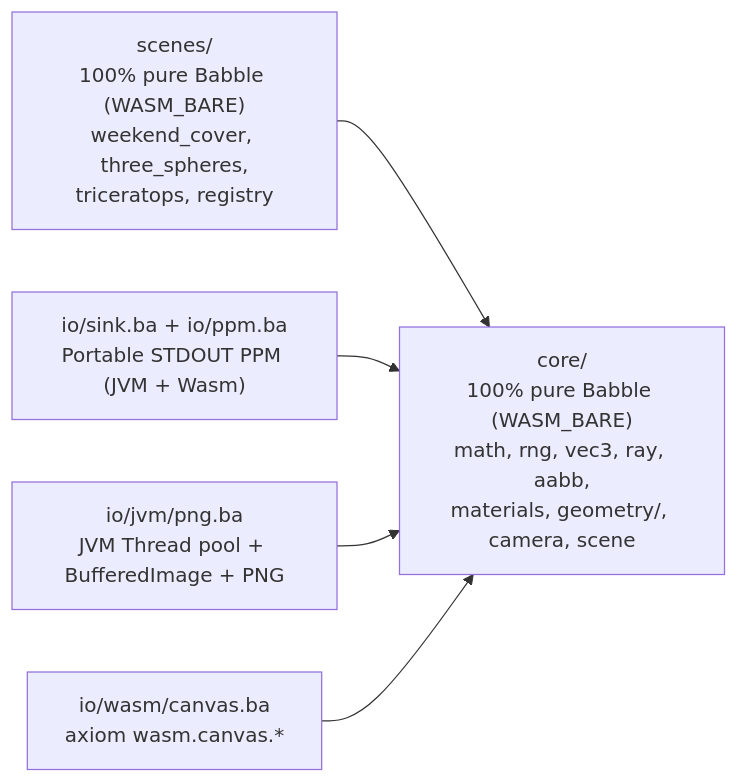
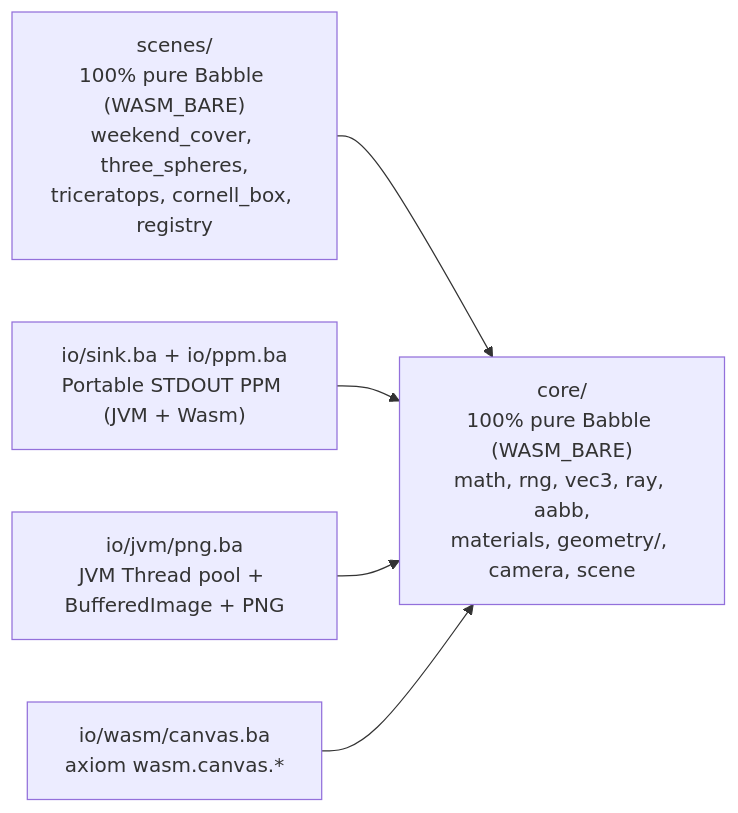
One commit to nlehuen/babble changed the diagram in examples/raytracer/README.md. Above: the diagram before and after it, drawn with Mermaid. The commit also changed other lines of this file and 17 other files, not shown here.

Commit message:
Raytracer : add Cornell box scene with Quad, Box, transforms, and area-light NEE

````diff
--- a/examples/raytracer/README.md
+++ b/examples/raytracer/README.md
@@ -15,13 +15,13 @@
 ```mermaid
 flowchart LR
     Core["core/<br/>100% pure Babble (WASM_BARE)<br/>math, rng, vec3, ray, aabb,<br/>materials, geometry/, camera, scene"]
-    Scenes["scenes/<br/>100% pure Babble (WASM_BARE)<br/>weekend_cover, three_spheres,<br/>triceratops, registry"]
+    Scenes["scenes/<br/>100% pure Babble (WASM_BARE)<br/>weekend_cover, three_spheres,<br/>triceratops, cornell_box, registry"]
     IO_PPM["io/sink.ba + io/ppm.ba<br/>Portable STDOUT PPM (JVM + Wasm)"]
     IO_JVM["io/jvm/png.ba<br/>JVM Thread pool + BufferedImage + PNG"]
     IO_WASM["io/wasm/canvas.ba<br/>axiom wasm.canvas.*"]
 
     Scenes --> Core
     IO_PPM --> Core
     IO_JVM --> Core
     IO_WASM --> Core
 ```
````
